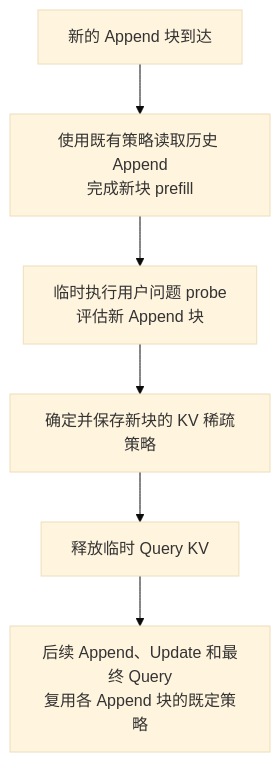
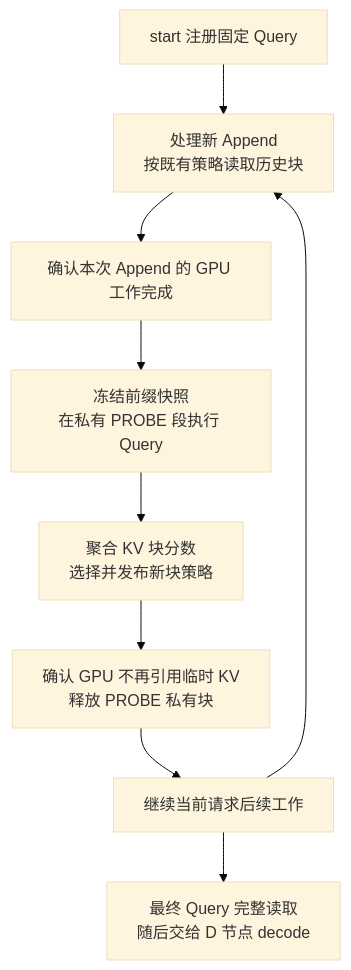
Before and after one commit to crashingby/mixed-source-stream-prefill: the diagram in research/Chunk-Sparse.md, drawn with Mermaid (base theme). The commit also changed other lines of this file, not shown here.

````diff
--- a/research/Chunk-Sparse.md
+++ b/research/Chunk-Sparse.md
@@ -42,8 +79,11 @@
 ```mermaid
 flowchart TD
-    Incoming["新的 Append 块到达"] --> Prefill["使用既有策略读取历史 Append<br>完成新块 prefill"]
-    Prefill --> Probe["临时执行用户问题 probe<br>评估新 Append 块"]
-    Probe --> Policy["确定并保存新块的 KV 稀疏策略"]
-    Policy --> Cleanup["释放临时 Query KV"]
-    Cleanup --> Reuse["后续 Append、Update 和最终 Query<br>复用各 Append 块的既定策略"]
+    Start["start 注册固定 Query"] --> Append["处理新 Append<br>按既有策略读取历史块"]
+    Append --> Commit["确认本次 Append 的 GPU 工作完成"]
+    Commit --> Probe["冻结前缀快照<br>在私有 PROBE 段执行 Query"]
+    Probe --> Score["聚合 KV 块分数<br>选择并发布新块策略"]
+    Score --> Cleanup["确认 GPU 不再引用临时 KV<br>释放 PROBE 私有块"]
+    Cleanup --> Next["继续当前请求后续工作"]
+    Next --> Append
+    Next --> Finish["最终 Query 完整读取<br>随后交给 D 节点 decode"]
 ```
````
